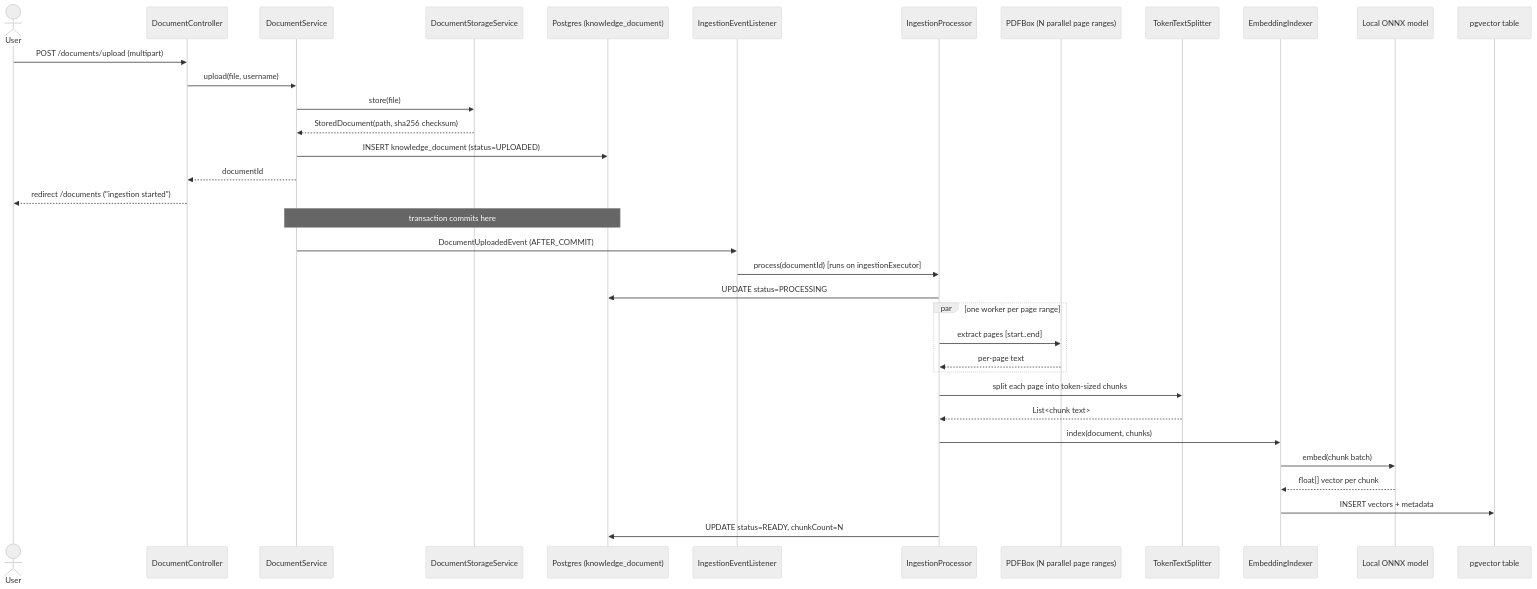
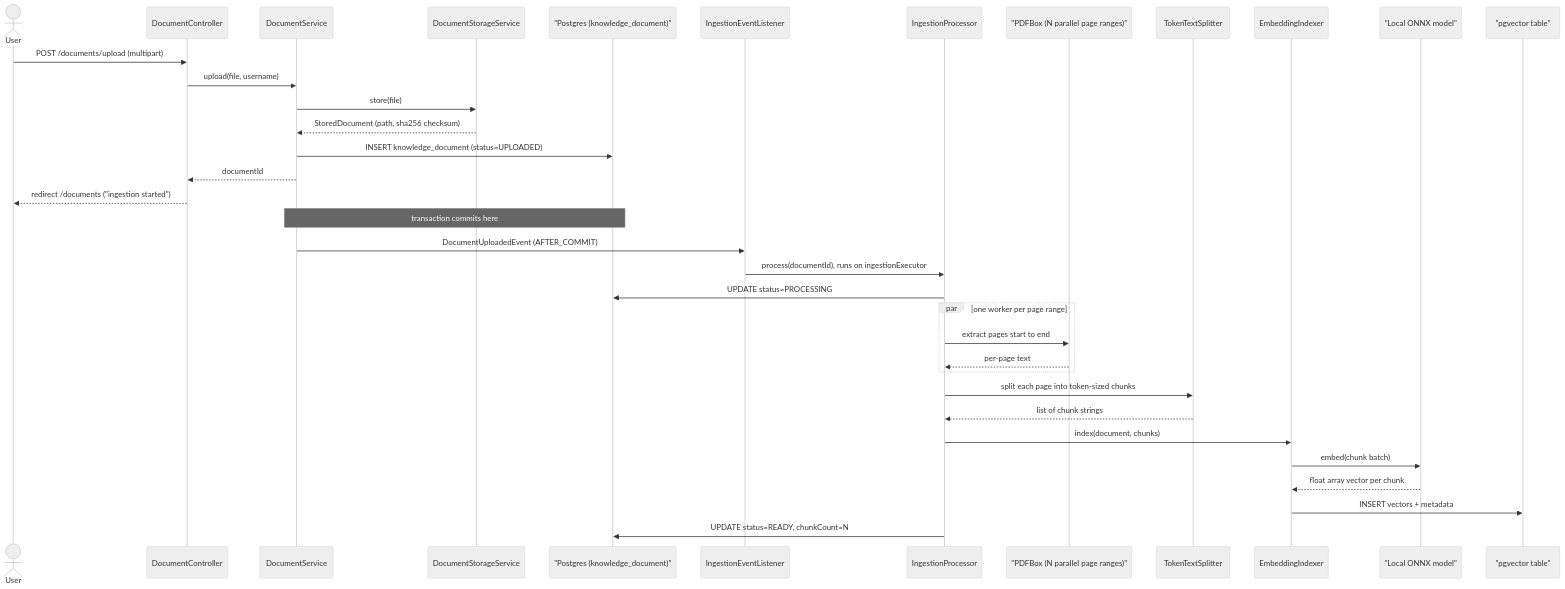
Before and after one commit to nitin0939/insight-vault: the second of 4 diagrams in README.md, drawn with Mermaid (neutral theme). The commit also changed other lines of this file, not shown here.

First line of the commit message:
Fix Mermaid diagrams failing to render on GitHub

````diff
--- a/README.md
+++ b/README.md
@@ -133,38 +133,38 @@
 ```mermaid
 sequenceDiagram
     actor User
     participant DC as DocumentController
     participant DS as DocumentService
     participant Store as DocumentStorageService
-    participant DB as Postgres (knowledge_document)
+    participant DB as "Postgres (knowledge_document)"
     participant Listener as IngestionEventListener
     participant Proc as IngestionProcessor
-    participant PDFBox as PDFBox (N parallel page ranges)
+    participant PDFBox as "PDFBox (N parallel page ranges)"
     participant Splitter as TokenTextSplitter
     participant Idx as EmbeddingIndexer
-    participant ONNX as Local ONNX model
-    participant PG as pgvector table
+    participant ONNX as "Local ONNX model"
+    participant PG as "pgvector table"
 
     User->>DC: POST /documents/upload (multipart)
     DC->>DS: upload(file, username)
     DS->>Store: store(file)
-    Store-->>DS: StoredDocument(path, sha256 checksum)
+    Store-->>DS: StoredDocument (path, sha256 checksum)
     DS->>DB: INSERT knowledge_document (status=UPLOADED)
     DS-->>DC: documentId
     DC-->>User: redirect /documents ("ingestion started")
     Note over DS,DB: transaction commits here
     DS->>Listener: DocumentUploadedEvent (AFTER_COMMIT)
-    Listener->>Proc: process(documentId)  [runs on ingestionExecutor]
+    Listener->>Proc: process(documentId), runs on ingestionExecutor
     Proc->>DB: UPDATE status=PROCESSING
     par one worker per page range
-        Proc->>PDFBox: extract pages [start..end]
+        Proc->>PDFBox: extract pages start to end
         PDFBox-->>Proc: per-page text
     end
     Proc->>Splitter: split each page into token-sized chunks
-    Splitter-->>Proc: List<chunk text>
+    Splitter-->>Proc: list of chunk strings
     Proc->>Idx: index(document, chunks)
     Idx->>ONNX: embed(chunk batch)
-    ONNX-->>Idx: float[] vector per chunk
+    ONNX-->>Idx: float array vector per chunk
     Idx->>PG: INSERT vectors + metadata
     Proc->>DB: UPDATE status=READY, chunkCount=N
 ```
````
